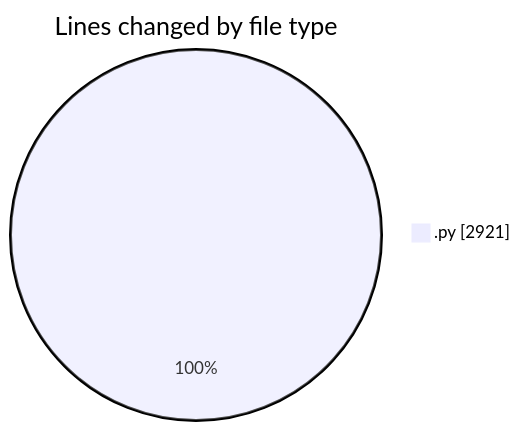
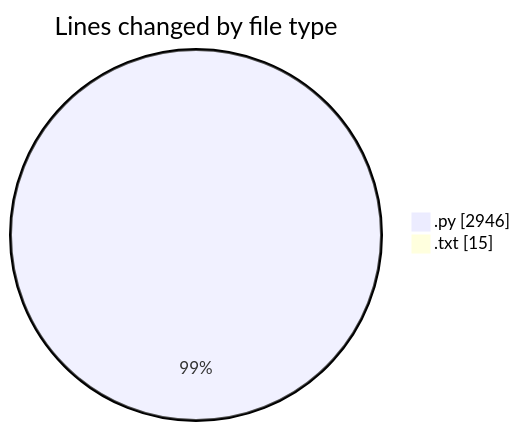
One commit to FelipKnott/code-tracking changed the first of 2 diagrams in 2025-07-02/cursor/README.md. Above: the diagram before and after it, drawn with Mermaid. The commit also changed other lines of this file and 1 other file, not shown here.

````diff
--- a/2025-07-02/cursor/README.md
+++ b/2025-07-02/cursor/README.md
@@ -35,5 +38,6 @@
 ```mermaid
 pie showData
 title Lines changed by file type
-".py" : 2921
+".py" : 2946
+".txt" : 15
 ```
````
